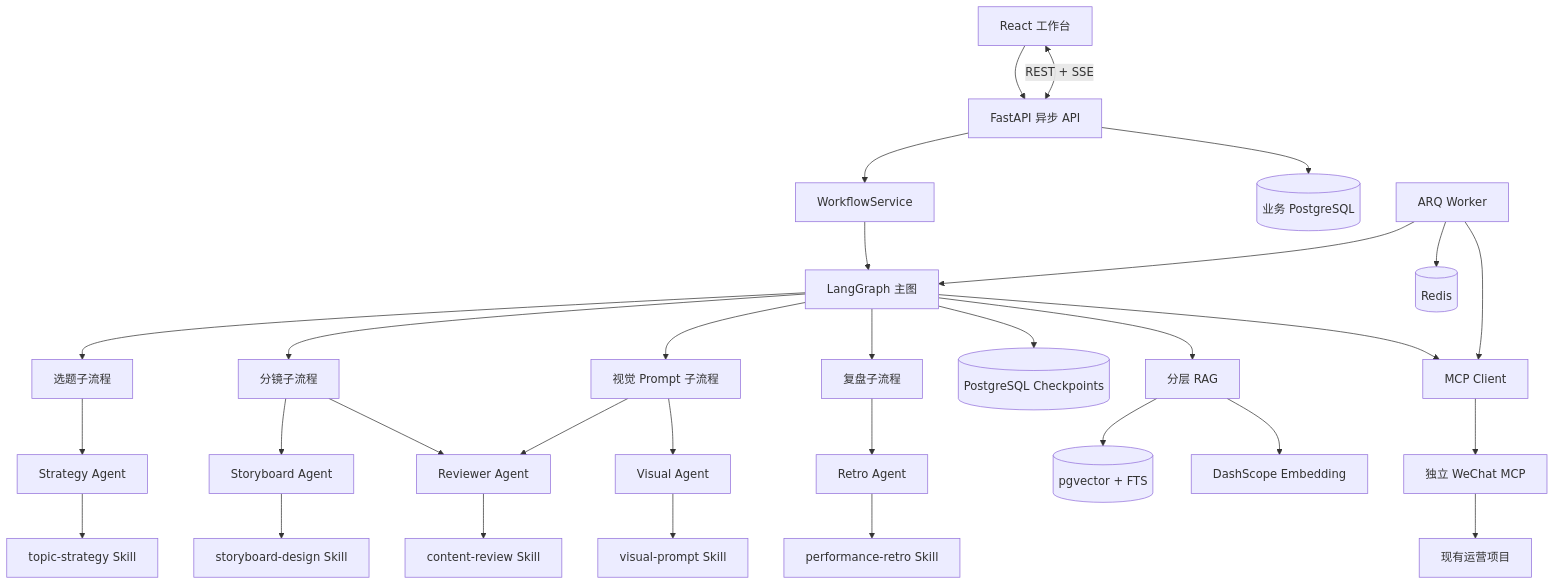
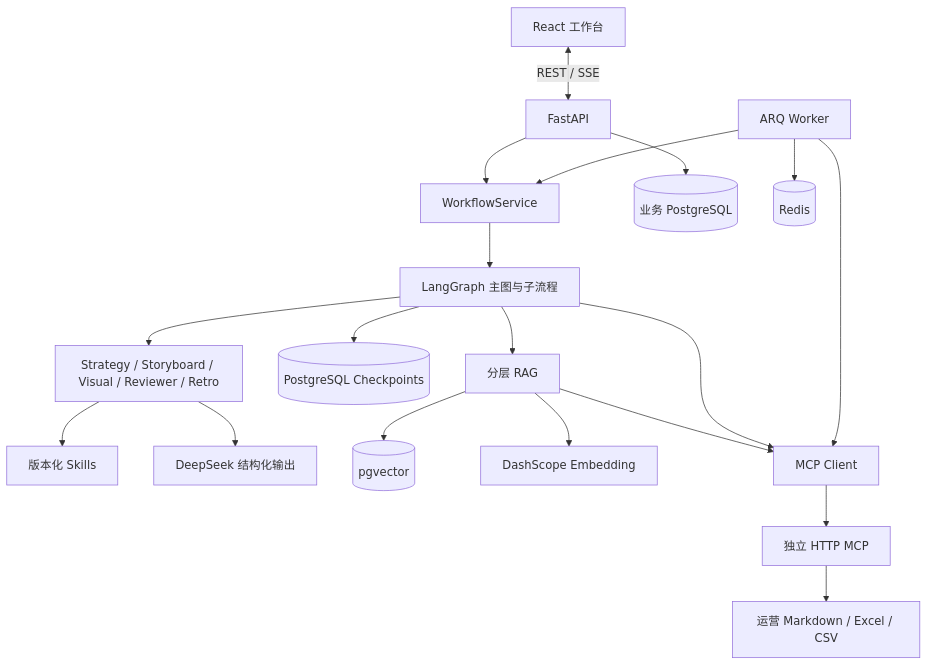
Before and after one commit to zhengCT-CV/bubu-content-agent: the diagram in docs/architecture.md, drawn with Mermaid. The commit also changed other lines of this file and 17 other files, not shown here.

````diff
--- a/docs/architecture.md
+++ b/docs/architecture.md
@@ -5,33 +7,21 @@
 ```mermaid
 flowchart TB
-    UI[React 工作台] --> API[FastAPI 异步 API]
-    UI <-->|REST + SSE| API
+    UI[React 工作台] <-->|REST / SSE| API[FastAPI]
     API --> WS[WorkflowService]
-    WS --> G[LangGraph 主图]
-    G --> SG1[选题子流程]
-    G --> SG2[分镜子流程]
-    G --> SG3[视觉 Prompt 子流程]
-    G --> SG4[复盘子流程]
-    SG1 --> A1[Strategy Agent]
-    SG2 --> A2[Storyboard Agent]
-    SG2 --> AR[Reviewer Agent]
-    SG3 --> A3[Visual Agent]
-    SG3 --> AR
-    SG4 --> A4[Retro Agent]
-    A1 --> S1[topic-strategy Skill]
-    A2 --> S2[storyboard-design Skill]
-    AR --> S3[content-review Skill]
-    A3 --> S4[visual-prompt Skill]
-    A4 --> S5[performance-retro Skill]
+    WS --> G[LangGraph 主图与子流程]
+    G --> A[Strategy / Storyboard / Visual / Reviewer / Retro]
+    A --> SK[版本化 Skills]
+    A --> LLM[DeepSeek 结构化输出]
     G --> CP[(PostgreSQL Checkpoints)]
     API --> DB[(业务 PostgreSQL)]
     G --> RAG[分层 RAG]
-    RAG --> V[(pgvector + FTS)]
+    RAG --> V[(pgvector)]
     RAG --> EMB[DashScope Embedding]
-    G --> MC[MCP Client]
-    MC --> MCP[独立 WeChat MCP]
-    MCP --> OPS[现有运营项目]
+    RAG --> MC[MCP Client]
+    G --> MC
+    MC --> MCP[独立 HTTP MCP]
+    MCP --> OPS[运营 Markdown / Excel / CSV]
     W[ARQ Worker] --> MC
-    W --> G
+    W --> WS
     W --> REDIS[(Redis)]
 ```
````
